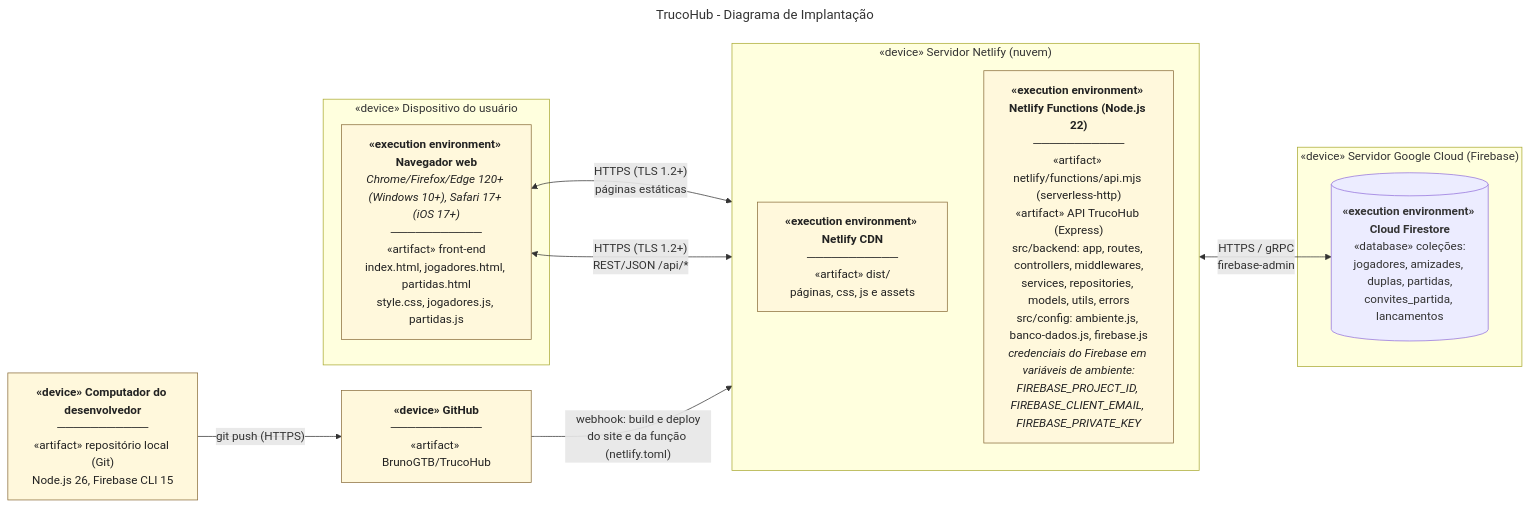
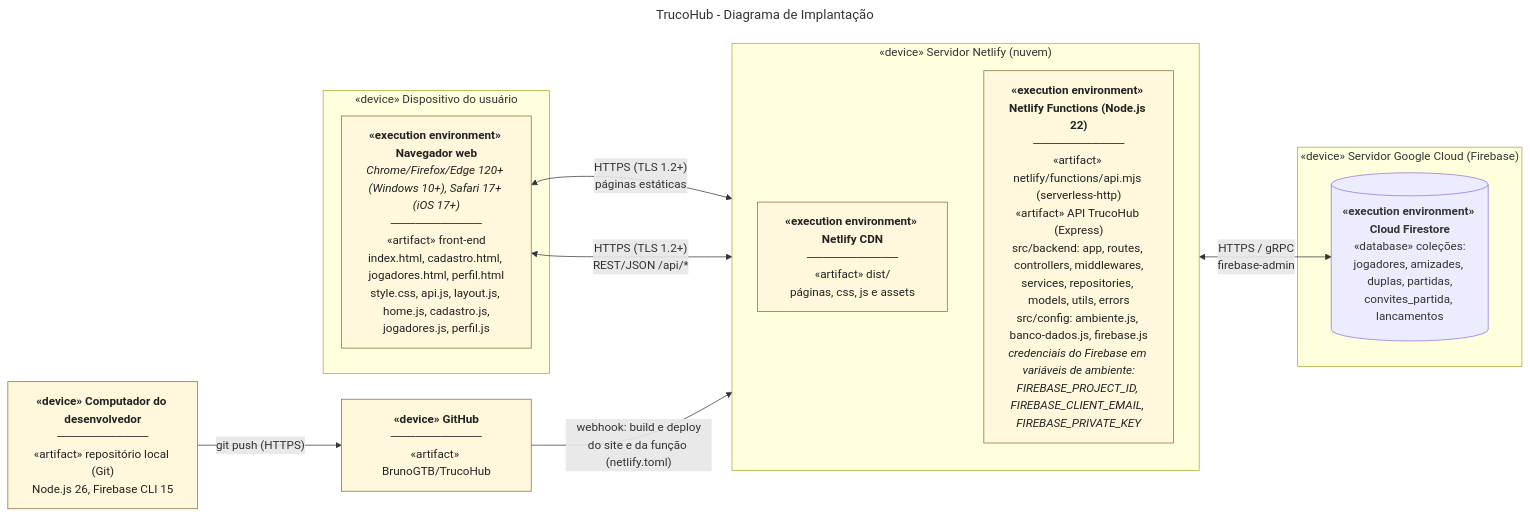
Before and after one commit to BrunoGTB/TrucoHub: diagram 11 of 11 in docs/diagramas/README.md, drawn with Mermaid. The commit also changed other lines of this file and 6 other files, not shown here.

First line of the commit message:
docs(diagramas): segue as telas separadas do protótipo nos diagramas

````diff
--- a/docs/diagramas/README.md
+++ b/docs/diagramas/README.md
@@ -726,31 +749,31 @@
 ```mermaid
 ---
 title: "TrucoHub - Diagrama de Implantação"
 ---
 flowchart LR
     subgraph CLIENTE["«device» Dispositivo do usuário"]
-        FRONTART["<b>«execution environment» Navegador web</b><br/><i>Chrome/Firefox/Edge 120+ (Windows 10+), Safari 17+ (iOS 17+)</i><br/>───────────<br/>«artifact» front-end<br/>index.html, jogadores.html, partidas.html<br/>style.css, jogadores.js, partidas.js"]
+        FRONTART["<b>«execution environment» Navegador web</b><br/><i>Chrome/Firefox/Edge 120+ (Windows 10+), Safari 17+ (iOS 17+)</i><br/>───────────<br/>«artifact» front-end<br/>index.html, cadastro.html, jogadores.html, perfil.html<br/>style.css, api.js, layout.js, home.js, cadastro.js,<br/>jogadores.js, perfil.js"]
     end
 
     subgraph NETLIFY["«device» Servidor Netlify (nuvem)"]
         direction TB
         DIST["<b>«execution environment» Netlify CDN</b><br/>───────────<br/>«artifact» dist/<br/>páginas, css, js e assets"]
         API["<b>«execution environment» Netlify Functions (Node.js 22)</b><br/>───────────<br/>«artifact» netlify/functions/api.mjs (serverless-http)<br/>«artifact» API TrucoHub (Express)<br/>src/backend: app, routes, controllers, middlewares,<br/>services, repositories, models, utils, errors<br/>src/config: ambiente.js, banco-dados.js, firebase.js<br/><i>credenciais do Firebase em variáveis de ambiente:<br/>FIREBASE_PROJECT_ID, FIREBASE_CLIENT_EMAIL, FIREBASE_PRIVATE_KEY</i>"]
     end
 
     subgraph GOOGLE["«device» Servidor Google Cloud (Firebase)"]
         DB[("<b>«execution environment» Cloud Firestore</b><br/>«database» coleções:<br/>jogadores, amizades, duplas, partidas,<br/>convites_partida, lancamentos")]
     end
 
     GIT["<b>«device» Computador do desenvolvedor</b><br/>───────────<br/>«artifact» repositório local (Git)<br/>Node.js 26, Firebase CLI 15"]
     REPO["<b>«device» GitHub</b><br/>───────────<br/>«artifact» BrunoGTB/TrucoHub"]
 
     FRONTART <-->|"HTTPS (TLS 1.2+)<br/>páginas estáticas"| DIST
     FRONTART <-->|"HTTPS (TLS 1.2+)<br/>REST/JSON /api/*"| API
     API <-->|"HTTPS / gRPC<br/>firebase-admin"| DB
     GIT -->|"git push (HTTPS)"| REPO
     REPO -->|"webhook: build e deploy<br/>do site e da função (netlify.toml)"| NETLIFY
 
     classDef art fill:#fff8dc,stroke:#8a6d3b,color:#222
     class FRONTART,DIST,API,GIT,REPO art
 ```
````
